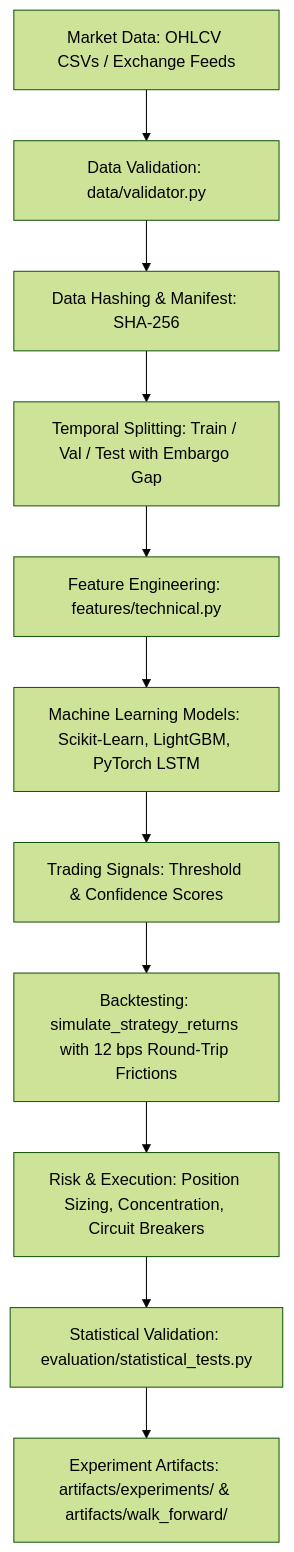
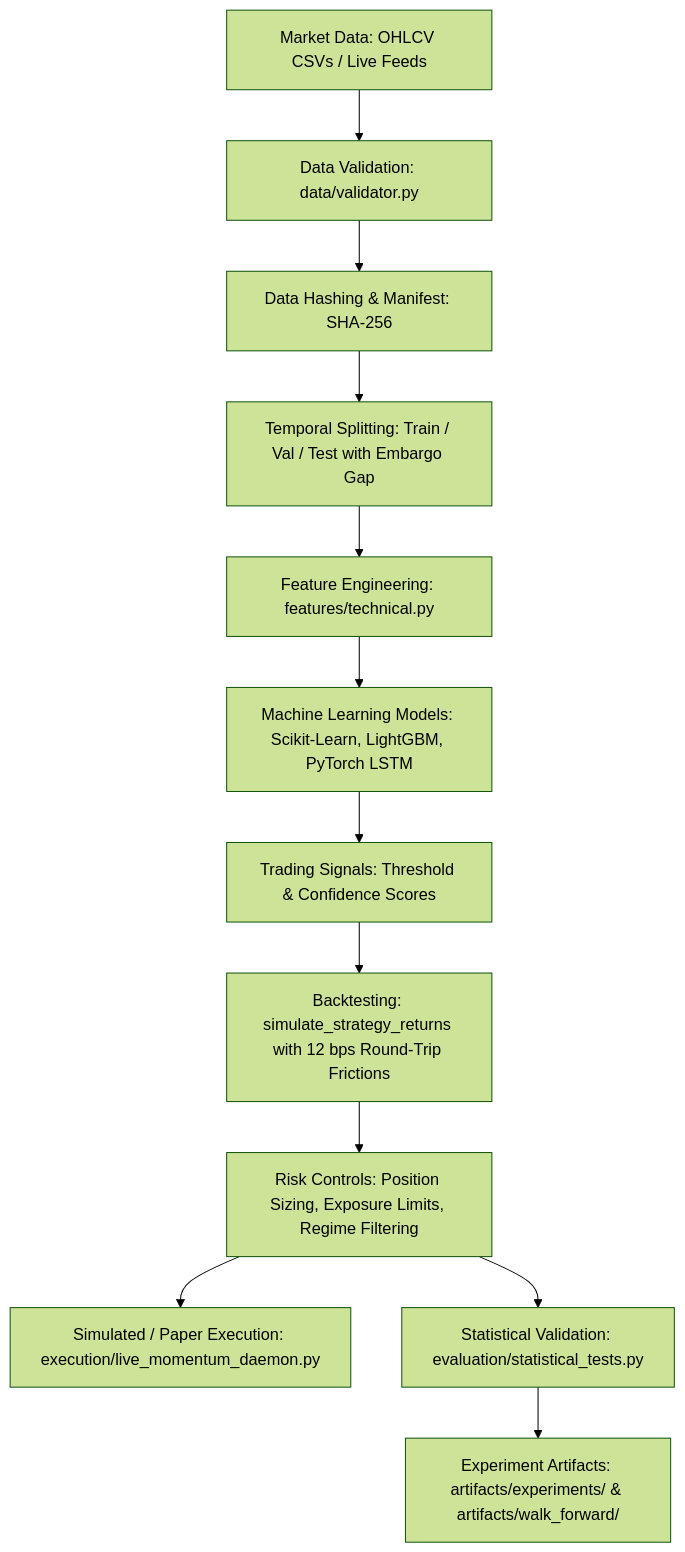
One commit to ajay1951/ai-trading-research-platform changed the diagram in README.md. Above: the diagram before and after it, drawn with Mermaid (forest theme). The commit also changed other lines of this file and 1 other file, not shown here.

Commit message:
docs: clarify paper trading, separate benchmarks, EXP-001 metadata, WFO, and statistical validation

````diff
--- a/README.md
+++ b/README.md
@@ -80,13 +85,14 @@
 ```mermaid
 flowchart TD
-    A[Market Data: OHLCV CSVs / Exchange Feeds] --> B[Data Validation: data/validator.py]
+    A[Market Data: OHLCV CSVs / Live Feeds] --> B[Data Validation: data/validator.py]
     B --> C[Data Hashing & Manifest: SHA-256]
     C --> D[Temporal Splitting: Train / Val / Test with Embargo Gap]
     D --> E[Feature Engineering: features/technical.py]
     E --> F[Machine Learning Models: Scikit-Learn, LightGBM, PyTorch LSTM]
     F --> G[Trading Signals: Threshold & Confidence Scores]
     G --> H[Backtesting: simulate_strategy_returns with 12 bps Round-Trip Frictions]
-    H --> I[Risk & Execution: Position Sizing, Concentration, Circuit Breakers]
-    I --> J[Statistical Validation: evaluation/statistical_tests.py]
-    J --> K[Experiment Artifacts: artifacts/experiments/ & artifacts/walk_forward/]
+    H --> I[Risk Controls: Position Sizing, Exposure Limits, Regime Filtering]
+    I --> J[Simulated / Paper Execution: execution/live_momentum_daemon.py]
+    I --> K[Statistical Validation: evaluation/statistical_tests.py]
+    K --> L[Experiment Artifacts: artifacts/experiments/ & artifacts/walk_forward/]
 ```
````
